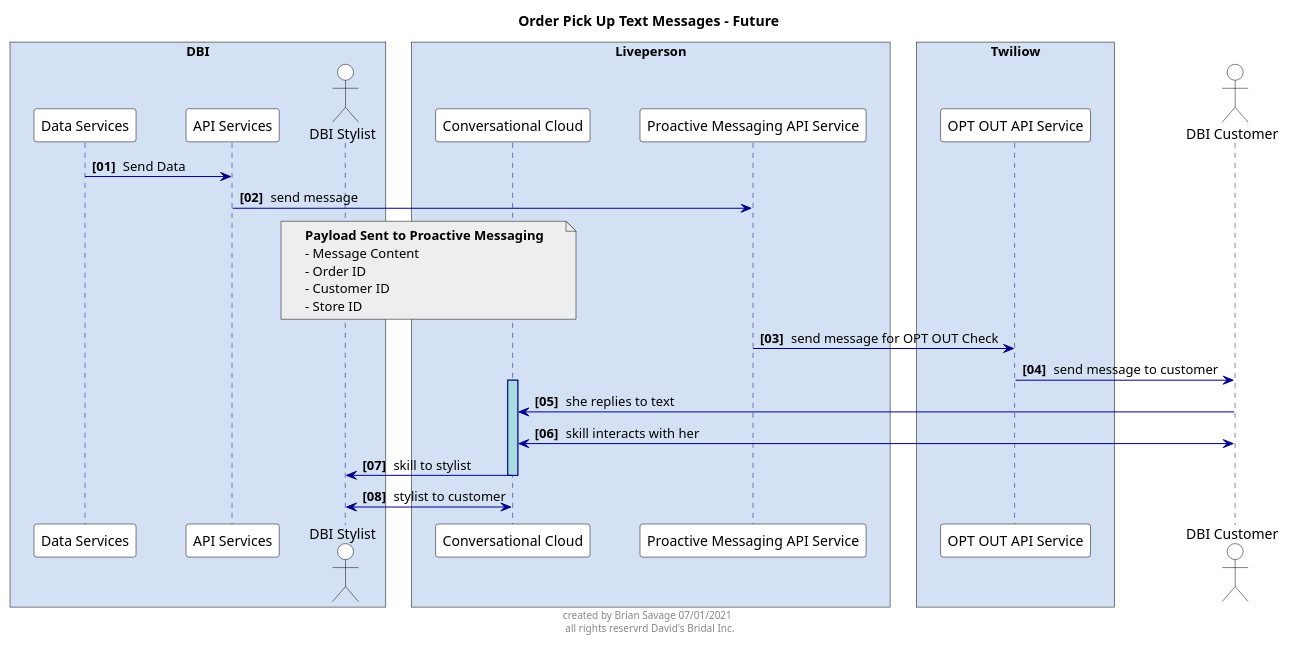
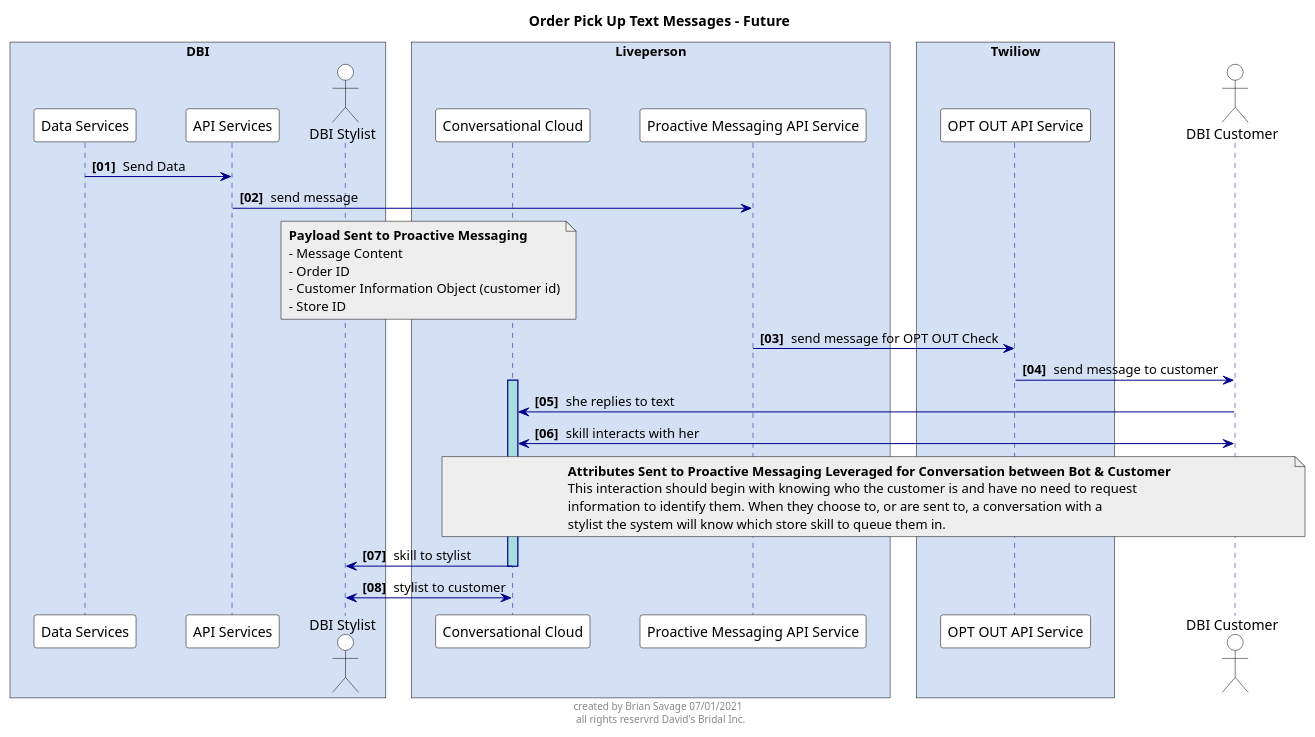
Before and after one commit to bsavage-dbi/assets: the diagram in diagrams/order-pick-up-text-message.puml, drawn with PlantUML. The commit also changed 11 other files, not shown here.

```diff
--- a/diagrams/order-pick-up-text-message.puml
+++ b/diagrams/order-pick-up-text-message.puml
@@ -1,60 +1,66 @@
 @startuml
 
 skinparam sequenceBoxBorderColor #black
 skinparam NoteBorderColor #black
 
 skinparam sequence {
     ArrowColor DarkBlue
     ActorBackgroundColor White
     ActorBorderColor black
     LifeLineBorderColor DarkBlue
     LifeLineBackgroundColor #A9DCDF
     BoxPadding 20
     ParticipantPadding 20
     ParticipantBorderColor Black
     ParticipantBackgroundColor White
 }
 
 autonumber "<b>[00] "
 footer created by Brian Savage 07/01/2021 \n all rights reservrd David's Bridal Inc.
 
 title Order Pick Up Text Messages - Future
 
 box "DBI" #D4E1F5
 participant "Data Services" as DBI_DATA
 participant "API Services" as DBI_API
 actor "DBI Stylist" as DBI_STY
 end box
 
 box "Liveperson" #D4E1F5
 participant "Conversational Cloud" as LPCC
 participant "Proactive Messaging API Service" as LPPM
 end box
 
 box "Twiliow" #D4E1F5
 participant "OPT OUT API Service" as TWAS
 end box
 
 actor "DBI Customer" as DBI_CUS
 
 DBI_DATA -> DBI_API : Send Data
 DBI_API -> LPPM : send message
 note over DBI_STY, LPCC #EEE
 <b>Payload Sent to Proactive Messaging
 - Message Content
 - Order ID
-- Customer ID
+- Customer Information Object (customer id)
 - Store ID
 end note
 LPPM -> TWAS : send message for OPT OUT Check
 TWAS -> DBI_CUS : send message to customer
 
 activate LPCC
 
 LPCC <- DBI_CUS : she replies to text
 LPCC <-> DBI_CUS : skill interacts with her
+note over LPCC,DBI_CUS #EEE
+<b>Attributes Sent to Proactive Messaging Leveraged for Conversation between Bot & Customer
+This interaction should begin with knowing who the customer is and have no need to request 
+information to identify them. When they choose to, or are sent to, a conversation with a 
+stylist the system will know which store skill to queue them in.
+end note
 DBI_STY <- LPCC : skill to stylist
 deactivate LPCC
 
 DBI_STY <-> LPCC : stylist to customer
 @enduml
```
